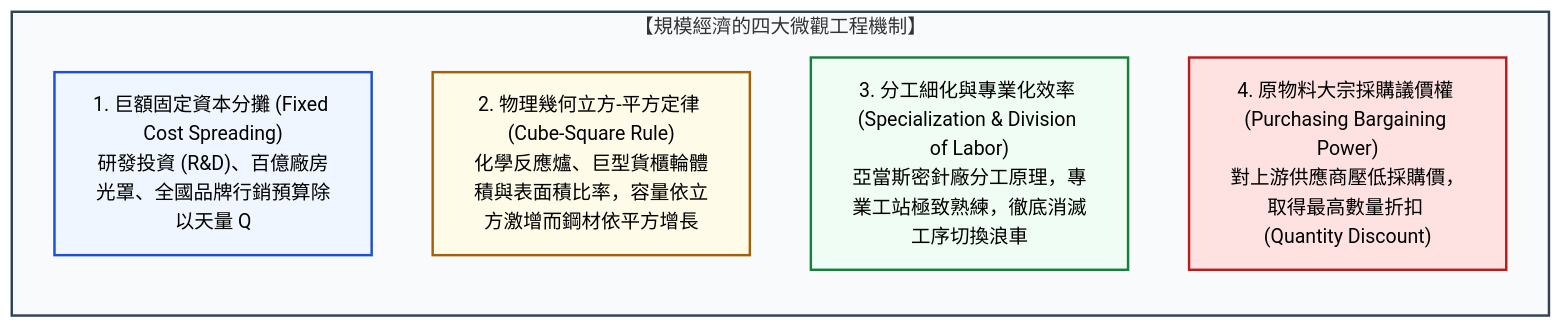
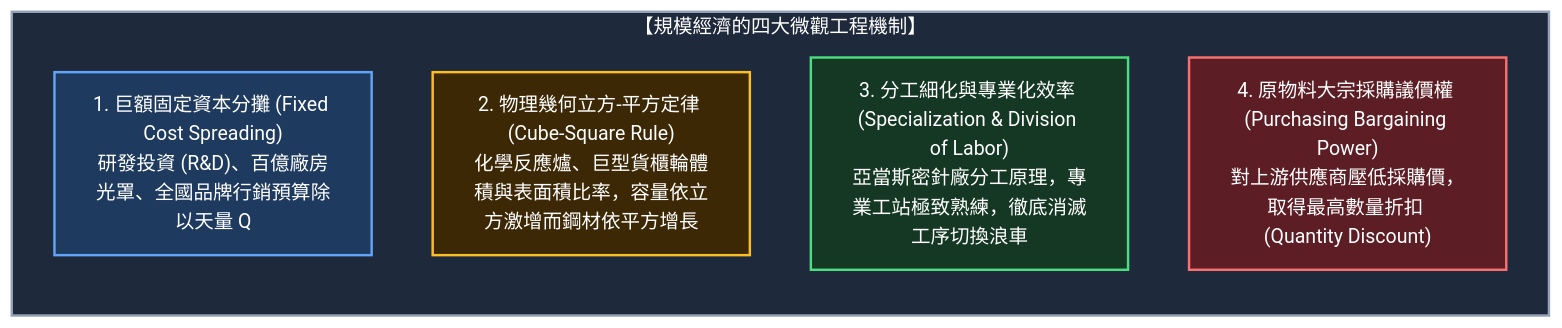
Before and after one commit to Jimlin0428/my-digital-garden: the diagram in src/site/notes/98_商業概念庫/economies-of-scale_規模經濟.md, drawn with Mermaid (neutral theme). The commit also changed 58 other files, not shown here.

````diff
--- a/src/site/notes/98_商業概念庫/economies-of-scale_規模經濟.md
+++ b/src/site/notes/98_商業概念庫/economies-of-scale_規模經濟.md
@@ -65,16 +65,16 @@
 ```mermaid
 flowchart TD
     subgraph Drivers ["【規模經濟的四大微觀工程機制】"]
         direction TB
         D1["1. 巨額固定資本分攤 (Fixed Cost Spreading)<br/>研發投資 (R&D)、百億廠房光罩、全國品牌行銷預算除以天量 Q"]
         D2["2. 物理幾何立方-平方定律 (Cube-Square Rule)<br/>化學反應爐、巨型貨櫃輪體積與表面積比率，容量依立方激增而鋼材依平方增長"]
         D3["3. 分工細化與專業化效率 (Specialization & Division of Labor)<br/>亞當斯密針廠分工原理，專業工站極致熟練，徹底消滅工序切換浪車"]
         D4["4. 原物料大宗採購議價權 (Purchasing Bargaining Power)<br/>對上游供應商壓低採購價，取得最高數量折扣 (Quantity Discount)"]
     end
 
-    style Drivers fill:#f8fafc,stroke:#334155,stroke-width:2px
-    style D1 fill:#eff6ff,stroke:#1d4ed8,stroke-width:2px
-    style D2 fill:#fefce8,stroke:#a16207,stroke-width:2px
-    style D3 fill:#f0fdf4,stroke:#15803d,stroke-width:2px
-    style D4 fill:#fee2e2,stroke:#b91c1c,stroke-width:2px
+    style Drivers fill:#1e293b,stroke:#94a3b8,stroke-width:2px,color:#ffffff
+    style D1 fill:#1e3a5f,stroke:#60a5fa,stroke-width:2px,color:#ffffff
+    style D2 fill:#3d2806,stroke:#fbbf24,stroke-width:2px,color:#ffffff
+    style D3 fill:#143823,stroke:#4ade80,stroke-width:2px,color:#ffffff
+    style D4 fill:#5c1d24,stroke:#f87171,stroke-width:2px,color:#ffffff
 ```
````
